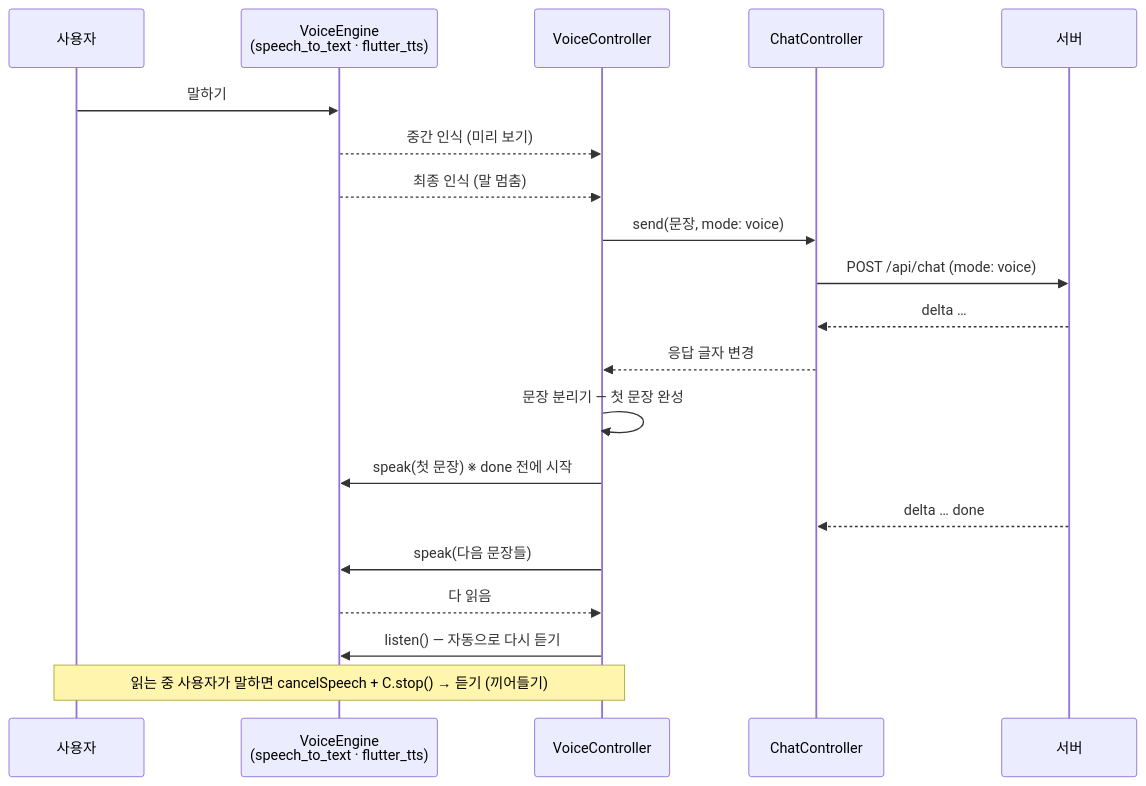
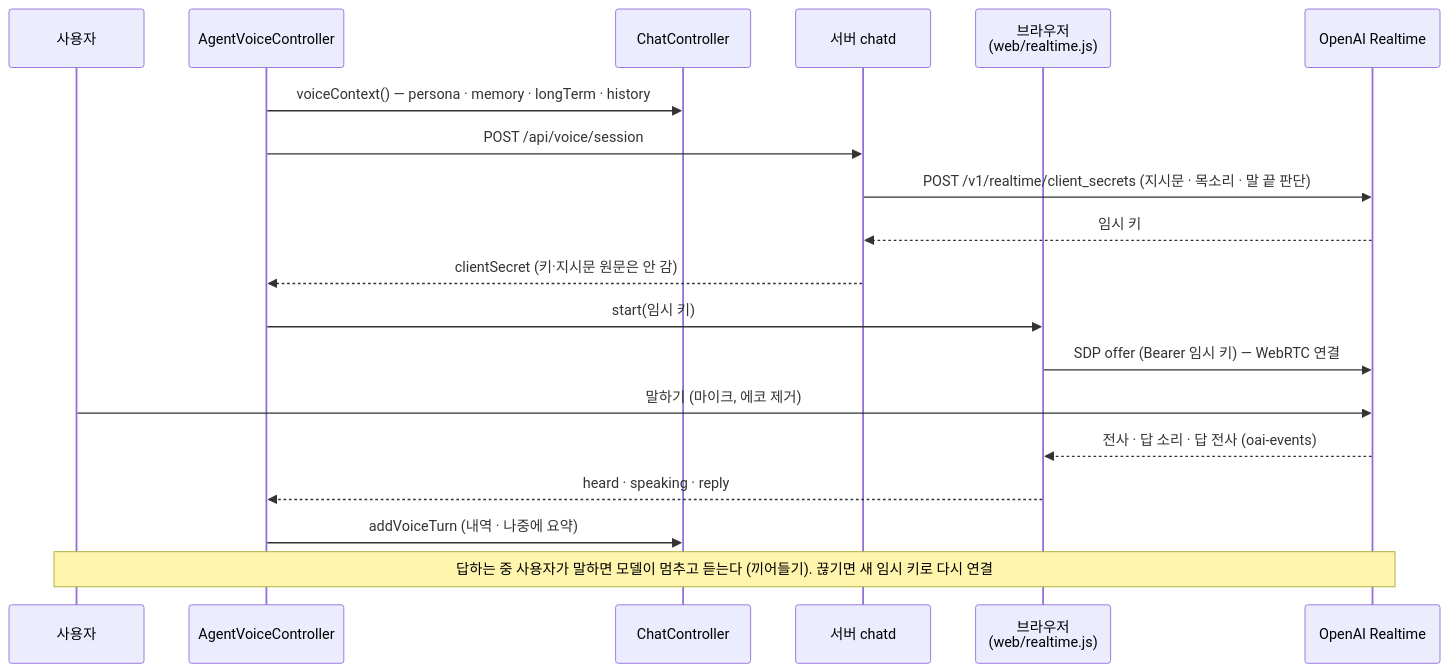
Before and after one commit to kimtaesung98/ai-agent-chat-demo: the fifth of 7 diagrams in ARCHITECTURE.md, drawn with Mermaid. The commit also changed other lines of this file and 135 other files, not shown here.

````diff
--- a/ARCHITECTURE.md
+++ b/ARCHITECTURE.md
@@ -331,22 +326,21 @@
 ```mermaid
 sequenceDiagram
     participant U as 사용자
-    participant E as VoiceEngine<br>(speech_to_text · flutter_tts)
-    participant V as VoiceController
+    participant V as AgentVoiceController
     participant C as ChatController
-    participant S as 서버
-    U->>E: 말하기
-    E-->>V: 중간 인식 (미리 보기)
-    E-->>V: 최종 인식 (말 멈춤)
-    V->>C: send(문장, mode: voice)
-    C->>S: POST /api/chat (mode: voice)
-    S-->>C: delta …
-    C-->>V: 응답 글자 변경
-    V->>V: 문장 분리기 — 첫 문장 완성
-    V->>E: speak(첫 문장)  ※ done 전에 시작
-    S-->>C: delta … done
-    V->>E: speak(다음 문장들)
-    E-->>V: 다 읽음
-    V->>E: listen() — 자동으로 다시 듣기
-    Note over U,V: 읽는 중 사용자가 말하면 cancelSpeech + C.stop() → 듣기 (끼어들기)
+    participant S as 서버 chatd
+    participant B as 브라우저<br>(web/realtime.js)
+    participant O as OpenAI Realtime
+    V->>C: voiceContext() — persona · memory · longTerm · history
+    V->>S: POST /api/voice/session
+    S->>O: POST /v1/realtime/client_secrets (지시문 · 목소리 · 말 끝 판단)
+    O-->>S: 임시 키
+    S-->>V: clientSecret (키·지시문 원문은 안 감)
+    V->>B: start(임시 키)
+    B->>O: SDP offer (Bearer 임시 키) — WebRTC 연결
+    U->>O: 말하기 (마이크, 에코 제거)
+    O-->>B: 전사 · 답 소리 · 답 전사 (oai-events)
+    B-->>V: heard · speaking · reply
+    V->>C: addVoiceTurn (내역 · 나중에 요약)
+    Note over U,O: 답하는 중 사용자가 말하면 모델이 멈추고 듣는다 (끼어들기). 끊기면 새 임시 키로 다시 연결
 ```
````
